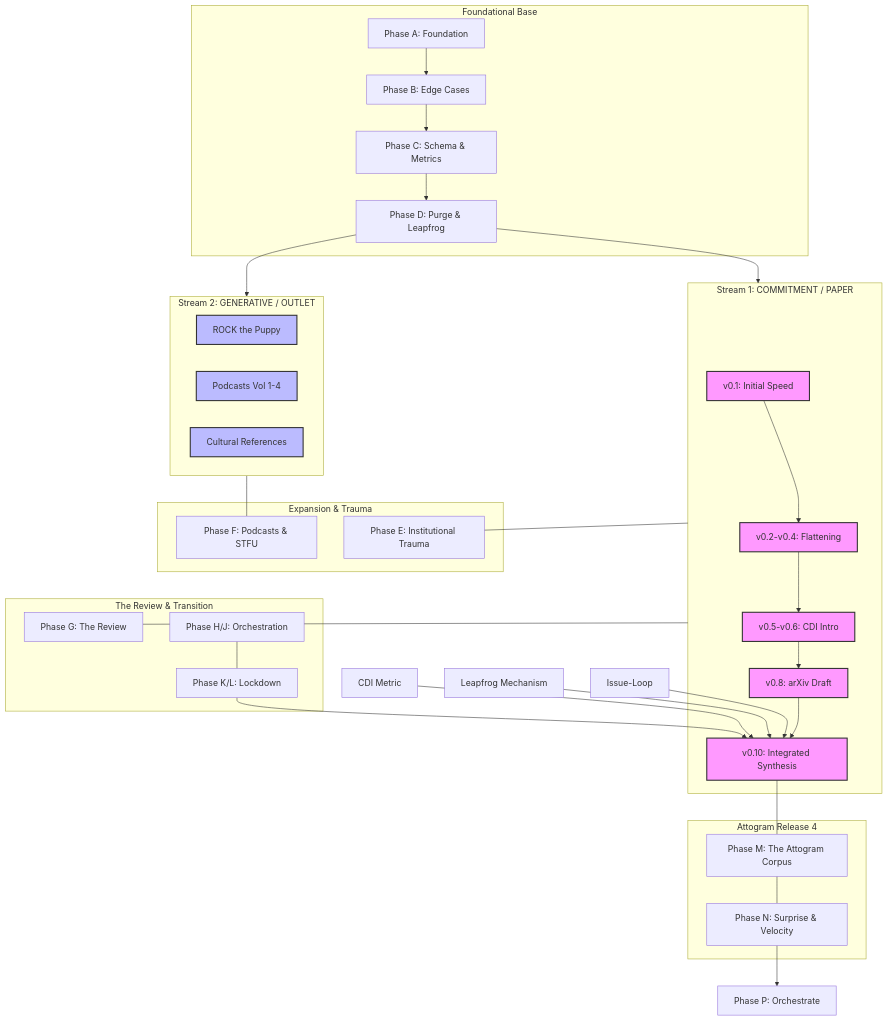
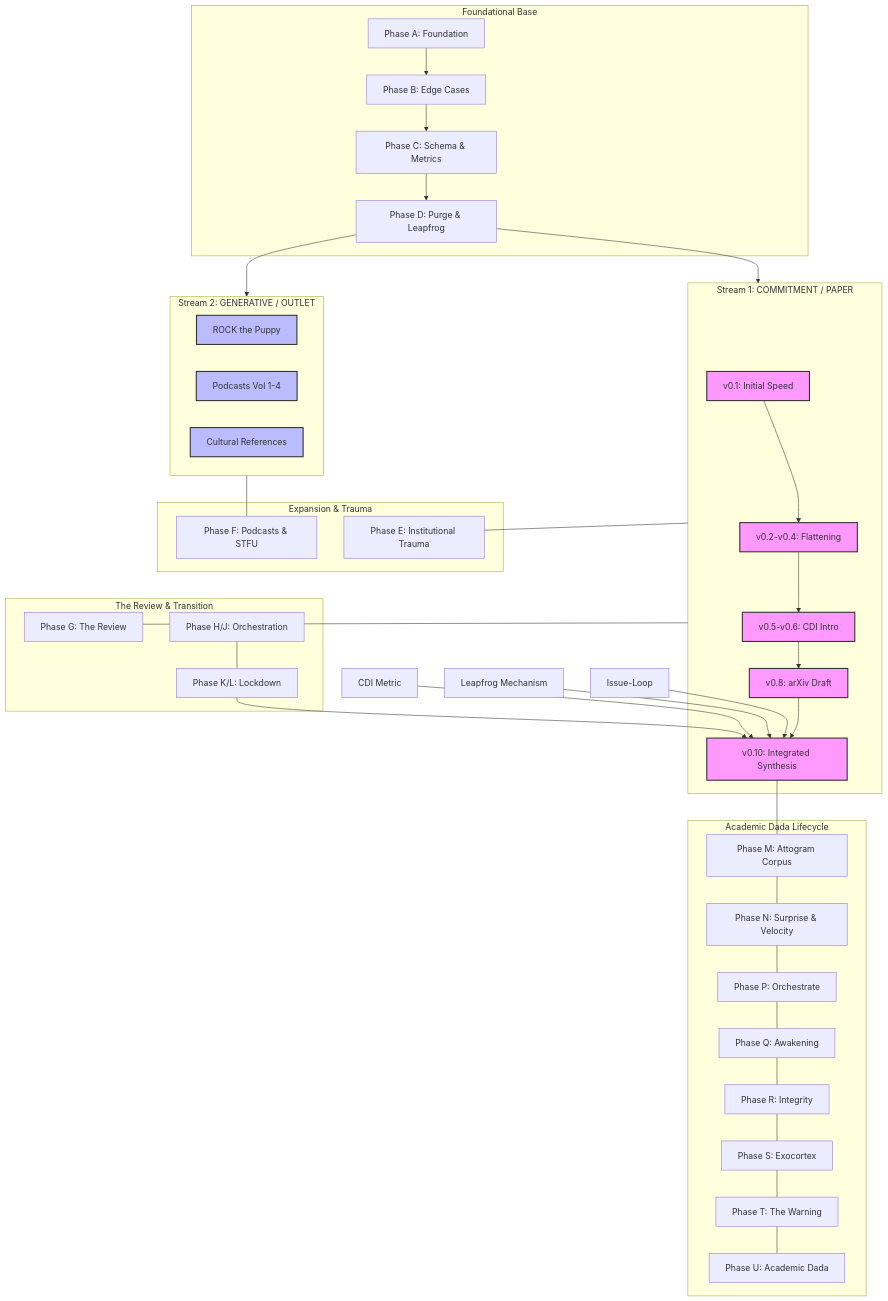
One commit to attogram/academic-vibing changed the diagram in CORPUS_GRAPH.md. Above: the diagram before and after it, drawn with Mermaid. The commit also changed other lines of this file and 6 other files, not shown here.

````diff
--- a/CORPUS_GRAPH.md
+++ b/CORPUS_GRAPH.md
@@ -3,61 +3,72 @@
 ```mermaid
 graph TD
     subgraph Stream_1 [Stream 1: COMMITMENT / PAPER]
         P1[v0.1: Initial Speed] --> P2[v0.2-v0.4: Flattening]
         P2 --> P5[v0.5-v0.6: CDI Intro]
         P5 --> P8[v0.8: arXiv Draft]
         P8 --> P10[v0.10: Integrated Synthesis]
     end
 
     subgraph Stream_2 [Stream 2: GENERATIVE / OUTLET]
         Mascot[ROCK the Puppy]
         Podcasts[Podcasts Vol 1-4]
         Memes[Cultural References]
     end
 
     subgraph Phase_A_D [Foundational Base]
         A[Phase A: Foundation] --> B[Phase B: Edge Cases]
         B --> C[Phase C: Schema & Metrics]
         C --> D[Phase D: Purge & Leapfrog]
     end
 
     D --> Stream_1
     D --> Stream_2
 
     subgraph Phase_E_F [Expansion & Trauma]
         E[Phase E: Institutional Trauma]
         F[Phase F: Podcasts & STFU]
     end
 
     Stream_1 --- E
     Stream_2 --- F
 
     subgraph Phase_G_L [The Review & Transition]
         G[Phase G: The Review]
         HJ[Phase H/J: Orchestration]
         KL[Phase K/L: Lockdown]
     end
 
     Stream_1 --- G
     HJ --- KL
     KL --> P10
 
-    subgraph Phase_M_N [Attogram Release 4]
-        M[Phase M: The Attogram Corpus]
+    subgraph Phase_M_U [Academic Dada Lifecycle]
+        M[Phase M: Attogram Corpus]
         N[Phase N: Surprise & Velocity]
+        P[Phase P: Orchestrate]
+        Q[Phase Q: Awakening]
+        R[Phase R: Integrity]
+        S[Phase S: Exocortex]
+        T[Phase T: The Warning]
+        U[Phase U: Academic Dada]
     end
 
     P10 --- M
     M --- N
-    N --> P[Phase P: Orchestrate]
+    N --- P
+    P --- Q
+    Q --- R
+    R --- S
+    S --- T
+    T --- U
 
     %% Dependencies & Convergence
     CDI[CDI Metric] --> P10
     Leapfrog[Leapfrog Mechanism] --> P10
     IssueLoop[Issue-Loop] --> P10
 
     classDef paper fill:#f9f,stroke:#333,stroke-width:2px;
     classDef outlet fill:#bbf,stroke:#333,stroke-width:2px;
     class P1,P2,P5,P8,P10 paper;
     class Mascot,Podcasts,Memes outlet;
 ```
````
